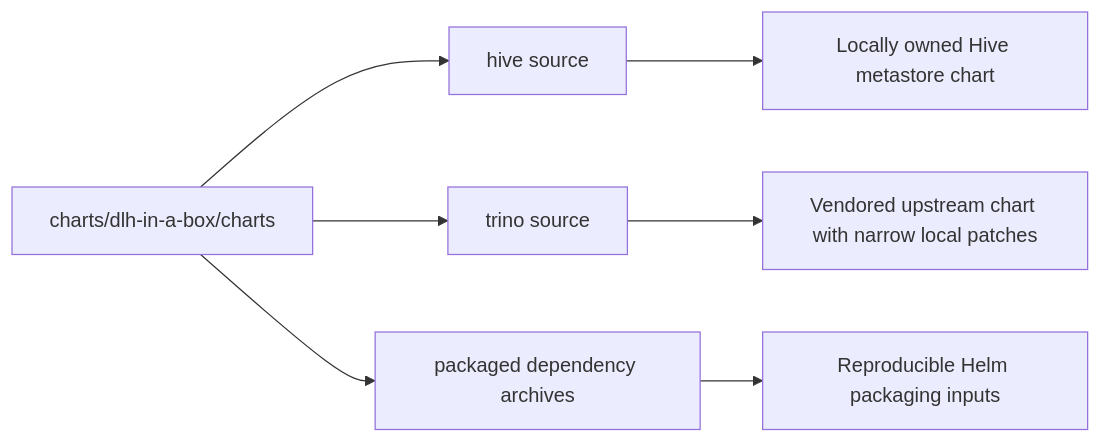
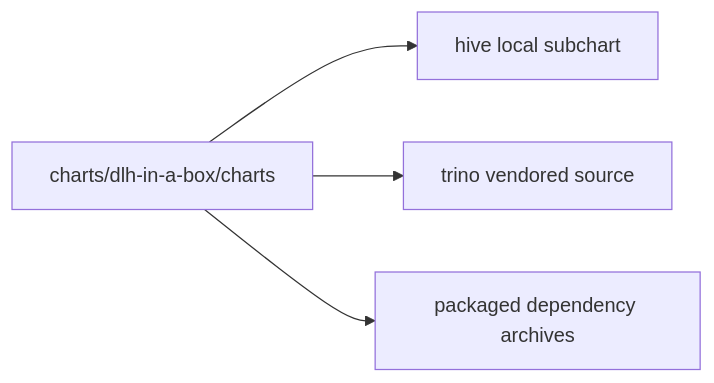
One commit to sanger-pathogens/dlh-in-a-box-umbrella-helm-chart changed the diagram in charts/dlh-in-a-box/charts/README.md. Above: the diagram before and after it, drawn with Mermaid. The commit also changed other lines of this file and 27 other files, not shown here.

Commit message:
Rewrite and simplify chart documentation

````diff
--- a/charts/dlh-in-a-box/charts/README.md
+++ b/charts/dlh-in-a-box/charts/README.md
@@ -8,10 +11,6 @@
 ```mermaid
 flowchart LR
-  Subcharts[charts/dlh-in-a-box/charts] --> Hive[hive source]
-  Subcharts --> Trino[trino source]
+  Subcharts[charts/dlh-in-a-box/charts] --> Hive[hive local subchart]
+  Subcharts --> Trino[trino vendored source]
   Subcharts --> Archives[packaged dependency archives]
-
-  Hive --> LocalLogic[Locally owned Hive metastore chart]
-  Trino --> VendorPatch[Vendored upstream chart with narrow local patches]
-  Archives --> Packaging[Reproducible Helm packaging inputs]
 ```
````
